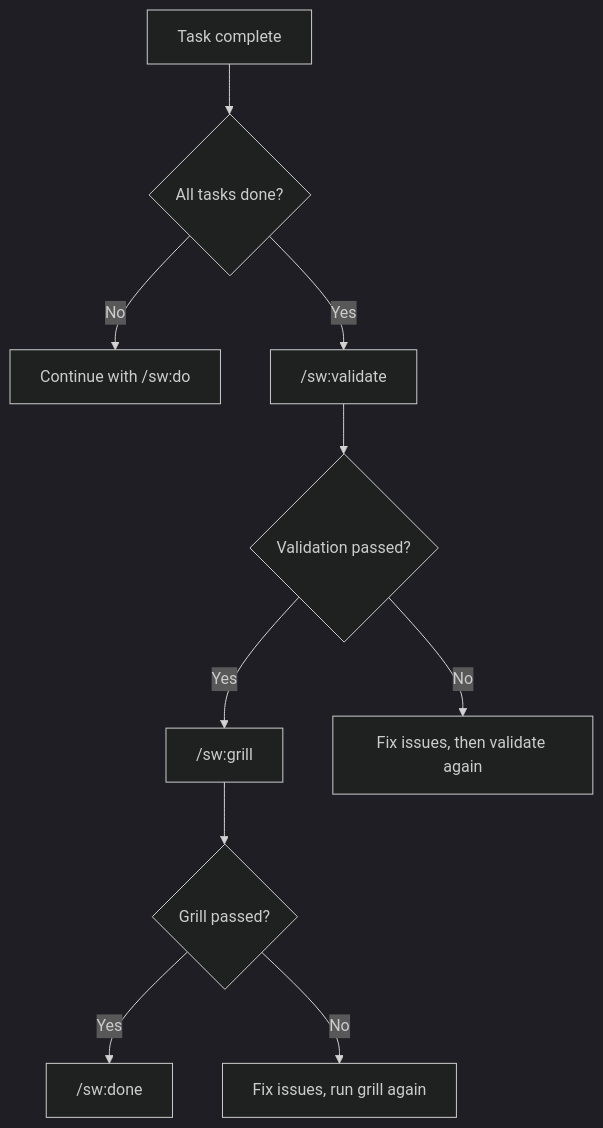
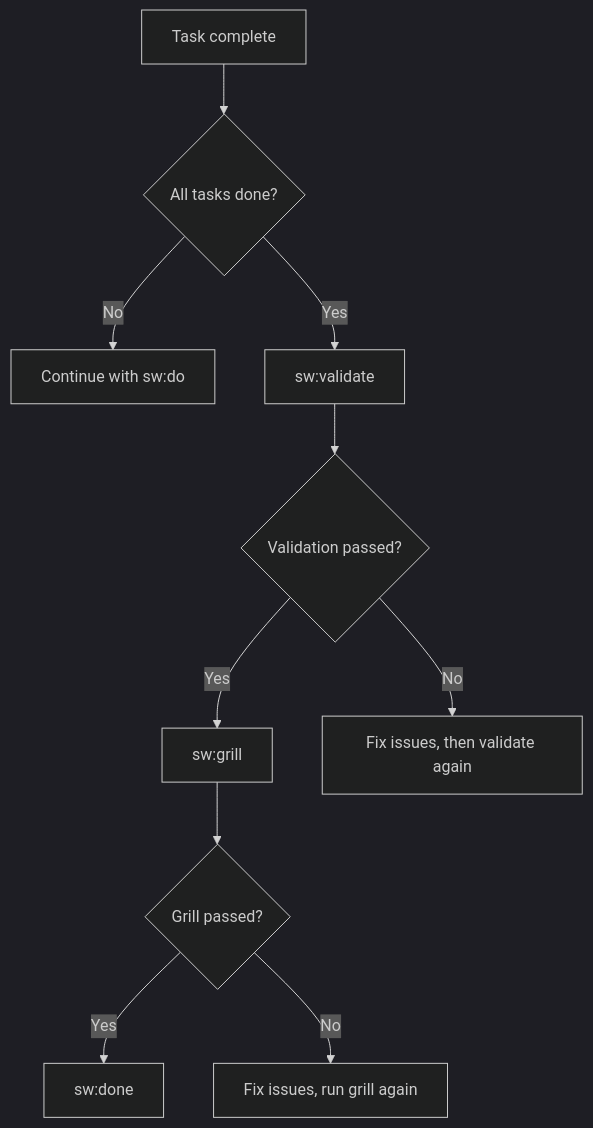
The second of 2 diagrams in docs-site/docs/reference/command-decision-tree.md (anton-abyzov/specweave), drawn with Mermaid (dark theme) before and after one commit. The commit also changed other lines of this file and 328 other files, not shown here.

````diff
--- a/docs-site/docs/reference/command-decision-tree.md
+++ b/docs-site/docs/reference/command-decision-tree.md
@@ -48,12 +48,12 @@
 ```mermaid
 flowchart TD
     A[Task complete] --> B{All tasks done?}
-    B -->|No| C["Continue with /sw:do"]
-    B -->|Yes| D["/sw:validate"]
+    B -->|No| C["Continue with sw:do"]
+    B -->|Yes| D["sw:validate"]
     D --> E{Validation passed?}
-    E -->|Yes| F["/sw:grill"]
+    E -->|Yes| F["sw:grill"]
     F --> G{Grill passed?}
-    G -->|Yes| H["/sw:done"]
+    G -->|Yes| H["sw:done"]
     G -->|No| I[Fix issues, run grill again]
     E -->|No| J[Fix issues, then validate again]
 ```
````
